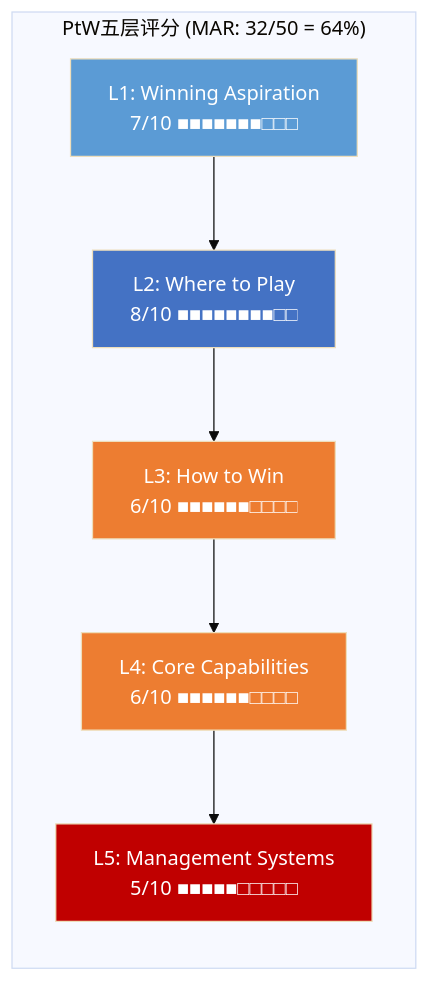
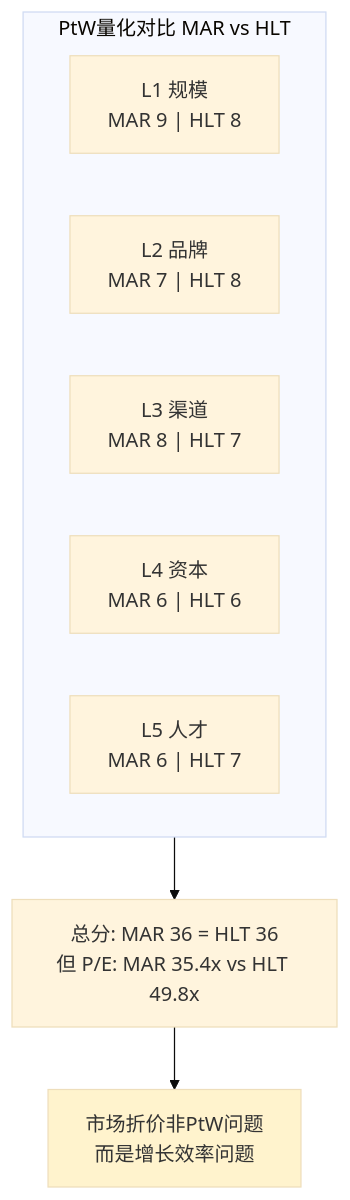
The first of 5 diagrams in staging/MAR_P3/MAR_P3_AgentB.md (miltonnewyork25-afk/investment-master), drawn with Mermaid (base theme) before and after one commit. The commit also changed other lines of this file and 16 other files, not shown here.

````diff
--- a/staging/MAR_P3/MAR_P3_AgentB.md
+++ b/staging/MAR_P3/MAR_P3_AgentB.md
@@ -100,22 +93,15 @@
 ```mermaid
-graph LR
-    subgraph PtW["PtW五层评分 (MAR: 32/50 = 64%)"]
-        direction TB
-        L1["L1: Winning Aspiration<br/>7/10 ■■■■■■■□□□"]
-        L2["L2: Where to Play<br/>8/10 ■■■■■■■■□□"]
-        L3["L3: How to Win<br/>6/10 ■■■■■■□□□□"]
-        L4["L4: Core Capabilities<br/>6/10 ■■■■■■□□□□"]
-        L5["L5: Management Systems<br/>5/10 ■■■■■□□□□□"]
+graph TB
+    subgraph PtW["PtW量化对比 MAR vs HLT"]
+        direction LR
+        L1["L1 规模<br/>MAR 9 | HLT 8"]
+        L2["L2 品牌<br/>MAR 7 | HLT 8"]
+        L3["L3 渠道<br/>MAR 8 | HLT 7"]
+        L4["L4 资本<br/>MAR 6 | HLT 6"]
+        L5["L5 人才<br/>MAR 6 | HLT 7"]
     end
-
-    L1 --> L2
-    L2 --> L3
-    L3 --> L4
-    L4 --> L5
-
-    style L1 fill:#5b9bd5,color:#fff
-    style L2 fill:#4472c4,color:#fff
-    style L3 fill:#ed7d31,color:#fff
-    style L4 fill:#ed7d31,color:#fff
-    style L5 fill:#c00000,color:#fff
+    TOTAL["总分: MAR 36 = HLT 36<br/>但 P/E: MAR 35.4x vs HLT 49.8x"]
+    PtW --> TOTAL
+    TOTAL --> IMPL["市场折价非PtW问题<br/>而是增长效率问题"]
+    style IMPL fill:#fff3cd
 ```
````
